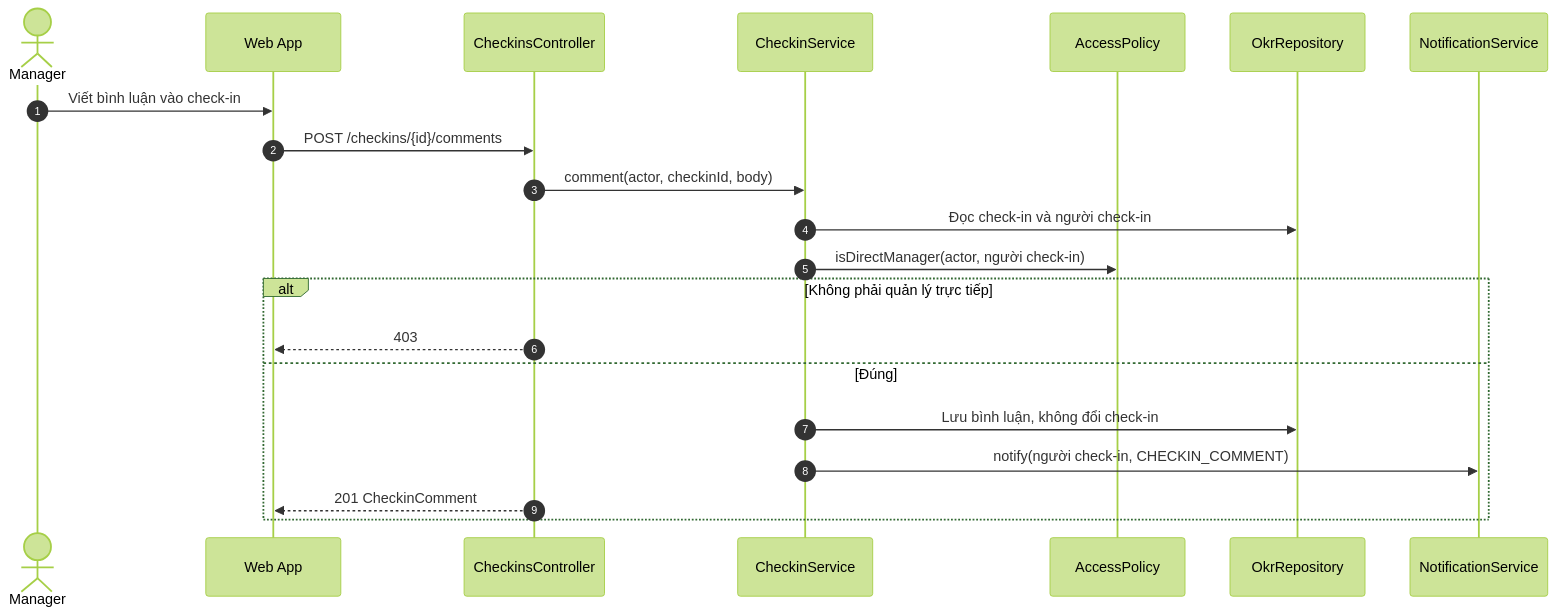
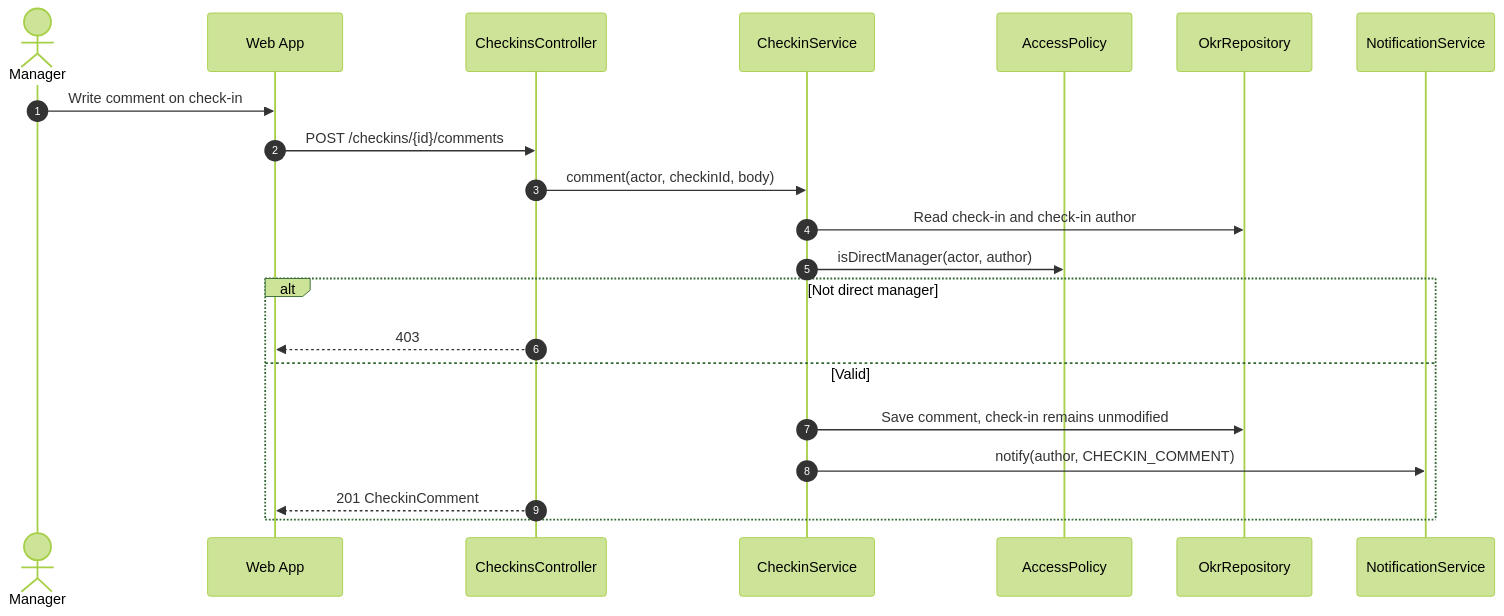
One commit to Akaza-ban/OCK-360 changed diagram 14 of 32 in docs/architecture/sequence-diagrams.md. Above: the diagram before and after it, drawn with Mermaid (forest theme). The commit also changed other lines of this file and 24 other files, not shown here.

````diff
--- a/docs/architecture/sequence-diagrams.md
+++ b/docs/architecture/sequence-diagrams.md
@@ -506,24 +506,24 @@
 ```mermaid
 sequenceDiagram
     autonumber
     actor M as Manager
     participant W as Web App
     participant C as CheckinsController
     participant S as CheckinService
     participant P as AccessPolicy
     participant R as OkrRepository
     participant N as NotificationService
 
-    M->>W: Viết bình luận vào check-in
+    M->>W: Write comment on check-in
     W->>C: POST /checkins/{id}/comments
     C->>S: comment(actor, checkinId, body)
-    S->>R: Đọc check-in và người check-in
-    S->>P: isDirectManager(actor, người check-in)
-    alt Không phải quản lý trực tiếp
+    S->>R: Read check-in and check-in author
+    S->>P: isDirectManager(actor, author)
+    alt Not direct manager
         C-->>W: 403
-    else Đúng
-        S->>R: Lưu bình luận, không đổi check-in
-        S->>N: notify(người check-in, CHECKIN_COMMENT)
+    else Valid
+        S->>R: Save comment, check-in remains unmodified
+        S->>N: notify(author, CHECKIN_COMMENT)
         C-->>W: 201 CheckinComment
     end
 ```
````
